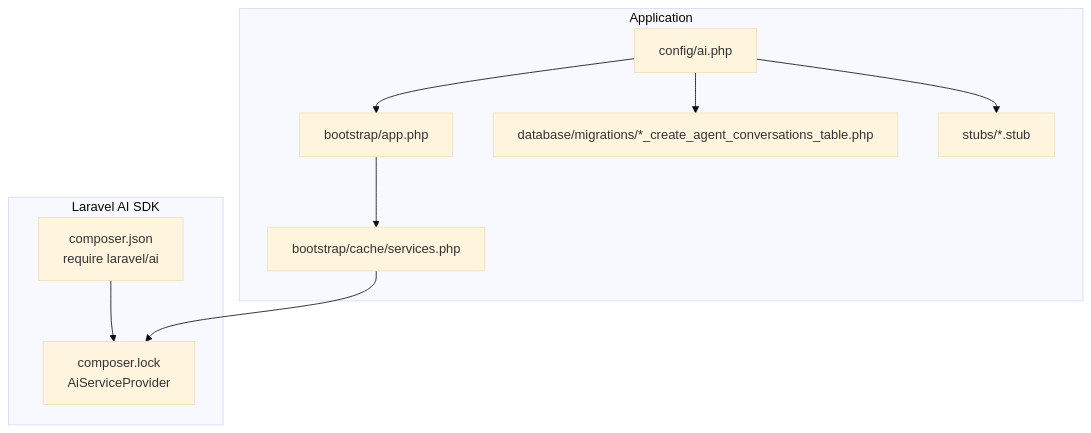
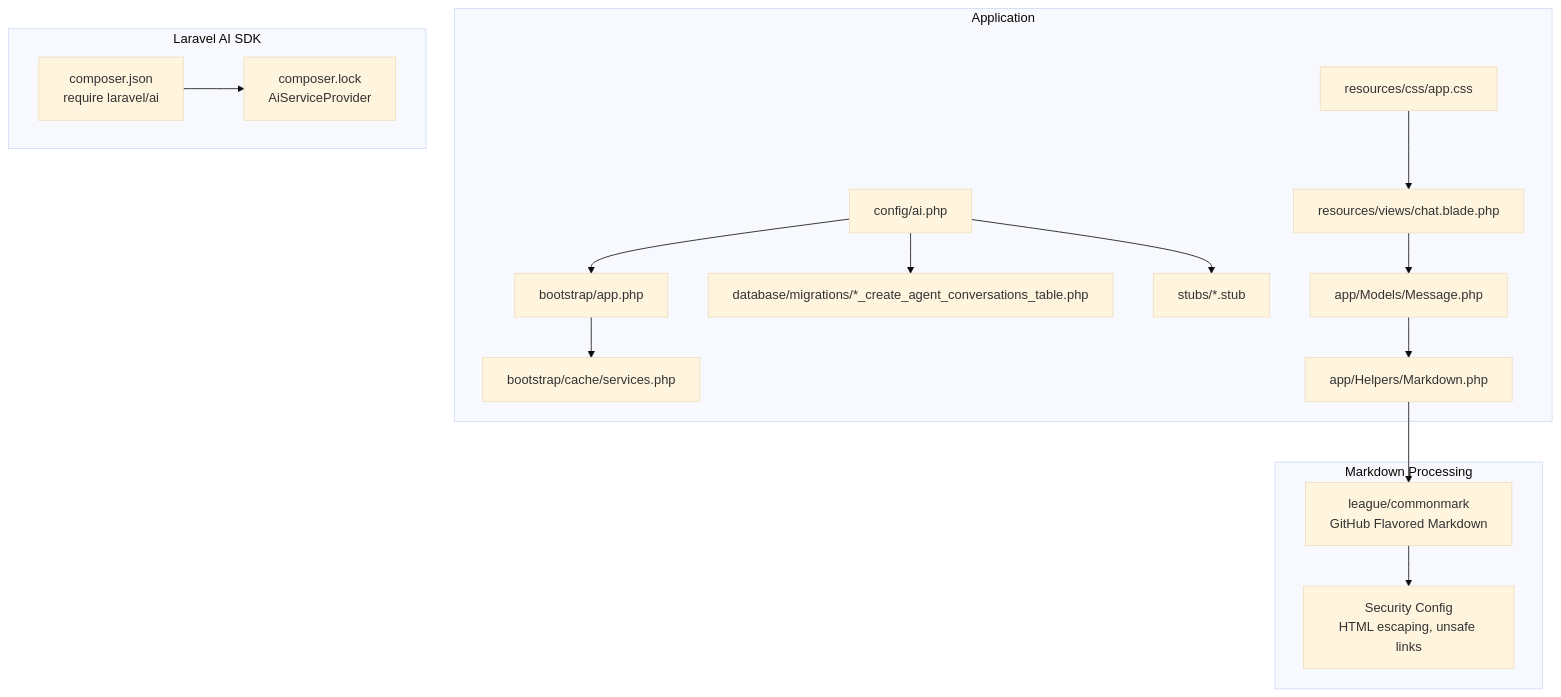
Before and after one commit to siimliimand/laravel-assistant: the first of 7 diagrams in .qoder/repowiki/en/content/AI Integration System/AI Integration System.md, drawn with Mermaid (base theme). The commit also changed other lines of this file and 4 other files, not shown here.

First line of the commit message:
docs(frontend): add markdown styling and enhanced chat interface layout

````diff
--- a/.qoder/repowiki/en/content/AI Integration System/AI Integration System.md
+++ b/.qoder/repowiki/en/content/AI Integration System/AI Integration System.md
@@ -43,20 +61,32 @@
 ```mermaid
 graph TB
 subgraph "Application"
 CFG["config/ai.php"]
 BOOT["bootstrap/app.php"]
 SVC_CACHE["bootstrap/cache/services.php"]
 MIG["database/migrations/*_create_agent_conversations_table.php"]
 STUBS["stubs/*.stub"]
+MD_HELPER["app/Helpers/Markdown.php"]
+MD_MODEL["app/Models/Message.php"]
+CHAT_VIEW["resources/views/chat.blade.php"]
+CSS["resources/css/app.css"]
 end
 subgraph "Laravel AI SDK"
 SDK_PKG["composer.json<br/>require laravel/ai"]
 SDK_LOCK["composer.lock<br/>AiServiceProvider"]
+end
+subgraph "Markdown Processing"
+COMMONMARK["league/commonmark<br/>GitHub Flavored Markdown"]
+SECURITY["Security Config<br/>HTML escaping, unsafe links"]
 end
 CFG --> BOOT
 BOOT --> SVC_CACHE
 CFG --> MIG
 CFG --> STUBS
 SDK_PKG --> SDK_LOCK
-SVC_CACHE --> SDK_LOCK
+MD_HELPER --> COMMONMARK
+MD_MODEL --> MD_HELPER
+CHAT_VIEW --> MD_MODEL
+CSS --> CHAT_VIEW
+COMMONMARK --> SECURITY
 ```
````
